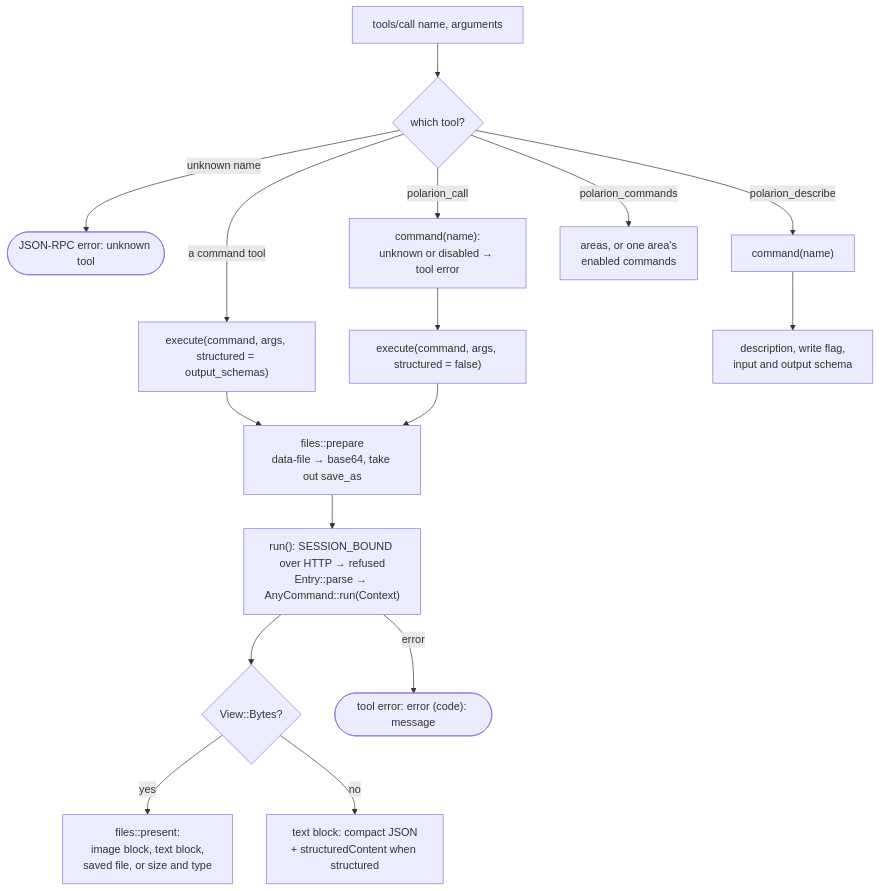
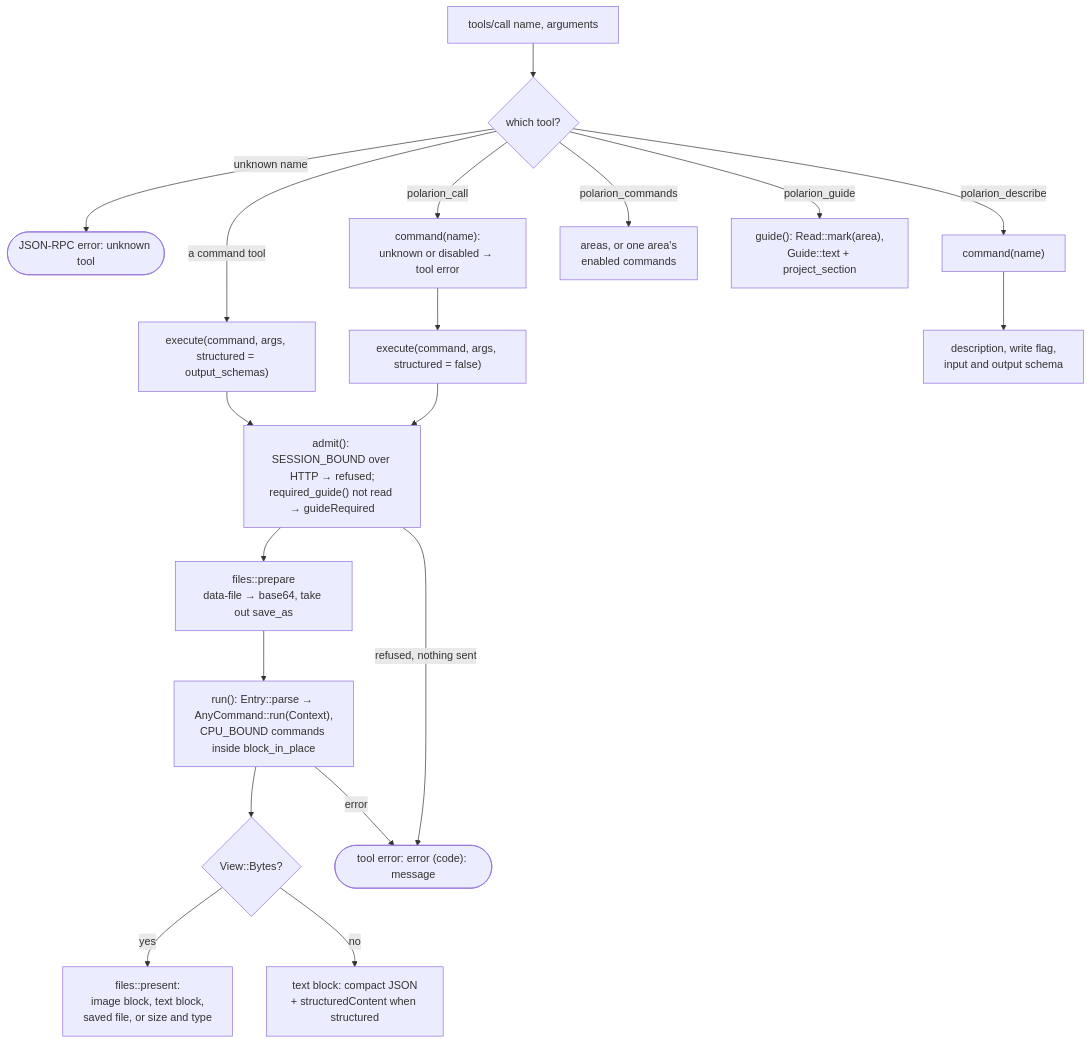
One commit to KevinGliewe/Polarion-rs changed the fourth of 7 diagrams in docs/front-ends.md. Above: the diagram before and after it, drawn with Mermaid. The commit also changed other lines of this file and 210 other files, not shown here.

````diff
--- a/docs/front-ends.md
+++ b/docs/front-ends.md
@@ -87,16 +129,19 @@
 ```mermaid
 flowchart TD
     req["tools/call name, arguments"] --> kind{"which tool?"}
     kind -- "unknown name" --> bad(["JSON-RPC error: unknown tool"])
     kind -- "a command tool" --> exec["execute(command, args, structured = output_schemas)"]
     kind -- "polarion_call" --> look["command(name):<br/>unknown or disabled → tool error"]
     look --> exec2["execute(command, args, structured = false)"]
     kind -- "polarion_describe" --> look2["command(name)"] --> desc["description, write flag,<br/>input and output schema"]
     kind -- "polarion_commands" --> lc["areas, or one area's<br/>enabled commands"]
-    exec & exec2 --> prep["files::prepare<br/>data-file → base64, take out save_as"]
-    prep --> run["run(): SESSION_BOUND over HTTP → refused<br/>Entry::parse → AnyCommand::run(Context)"]
+    kind -- "polarion_guide" --> guide["guide(): Read::mark(area),<br/>Guide::text + project_section"]
+    exec & exec2 --> admit["admit(): SESSION_BOUND over HTTP → refused;<br/>required_guide() not read → guideRequired"]
+    admit --> prep["files::prepare<br/>data-file → base64, take out save_as"]
+    prep --> run["run(): Entry::parse → AnyCommand::run(Context),<br/>CPU_BOUND commands inside block_in_place"]
     run --> v{"View::Bytes?"}
     v -- yes --> present["files::present:<br/>image block, text block,<br/>saved file, or size and type"]
     v -- no --> textres["text block: compact JSON<br/>+ structuredContent when structured"]
     run -- "error" --> err(["tool error: error (code): message"])
+    admit -- "refused, nothing sent" --> err
 ```
````
